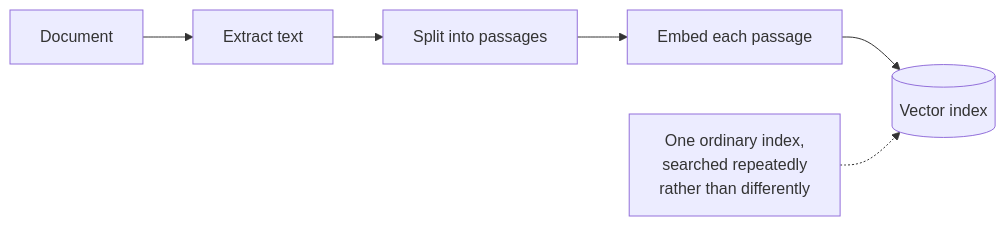
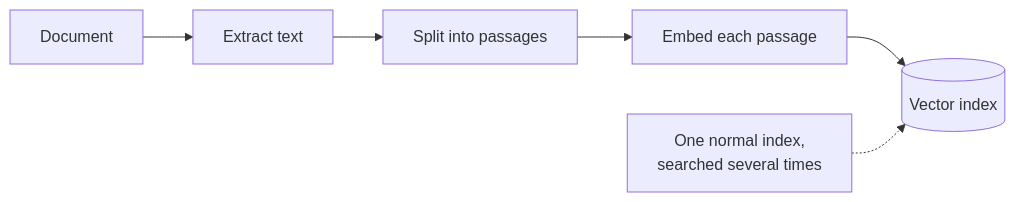
One commit to jjaaxx44/genai-personal-lab-rag changed the first of 2 diagrams in app/demos/rag/multi_hop/README.md. Above: the diagram before and after it, drawn with Mermaid. The commit also changed other lines of this file and 32 other files, not shown here.

````diff
--- a/app/demos/rag/multi_hop/README.md
+++ b/app/demos/rag/multi_hop/README.md
@@ -17,8 +9,8 @@
 ```mermaid
 flowchart LR
   A["Document"] --> B["Extract text"]
   B --> C["Split into passages"]
   C --> D["Embed each passage"]
   D --> E[("Vector index")]
-  N["One ordinary index,<br/>searched repeatedly<br/>rather than differently"] -.-> E
+  N["One normal index,<br/>searched several times"] -.-> E
 ```
````
